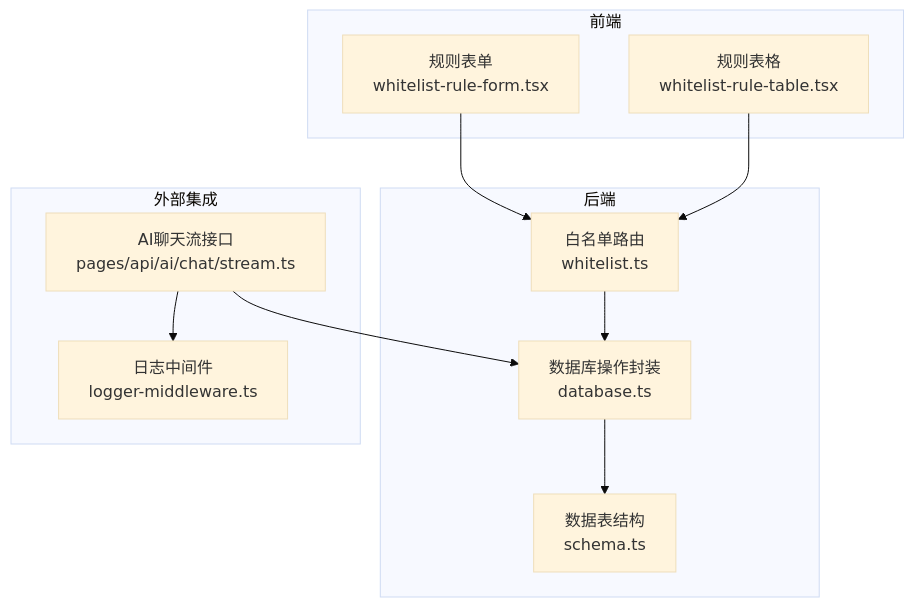
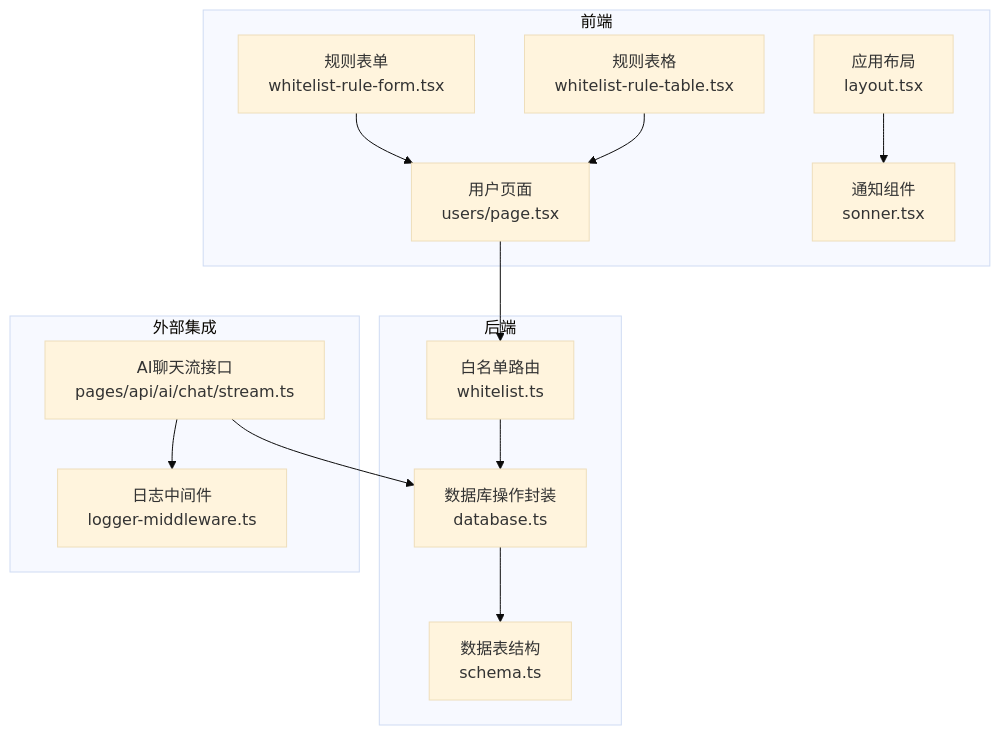
Before and after one commit to RadiumAg/AIGate: the first of 7 diagrams in .qoder/repowiki/zh/content/核心功能/白名单控制.md, drawn with Mermaid (base theme). The commit also changed other lines of this file and 4 other files, not shown here.

````diff
--- a/.qoder/repowiki/zh/content/核心功能/白名单控制.md
+++ b/.qoder/repowiki/zh/content/核心功能/白名单控制.md
@@ -37,22 +48,27 @@
 ```mermaid
 graph TB
 subgraph "前端"
 Form["规则表单<br/>whitelist-rule-form.tsx"]
 Table["规则表格<br/>whitelist-rule-table.tsx"]
+Page["用户页面<br/>users/page.tsx"]
+Layout["应用布局<br/>layout.tsx"]
+Sonner["通知组件<br/>sonner.tsx"]
 end
 subgraph "后端"
 Router["白名单路由<br/>whitelist.ts"]
 DB["数据库操作封装<br/>database.ts"]
 Schema["数据表结构<br/>schema.ts"]
 end
 subgraph "外部集成"
 API["AI聊天流接口<br/>pages/api/ai/chat/stream.ts"]
 Logger["日志中间件<br/>logger-middleware.ts"]
 end
-Form --> Router
-Table --> Router
+Form --> Page
+Table --> Page
+Page --> Router
 Router --> DB
 DB --> Schema
 API --> DB
 API --> Logger
+Layout --> Sonner
 ```
````
